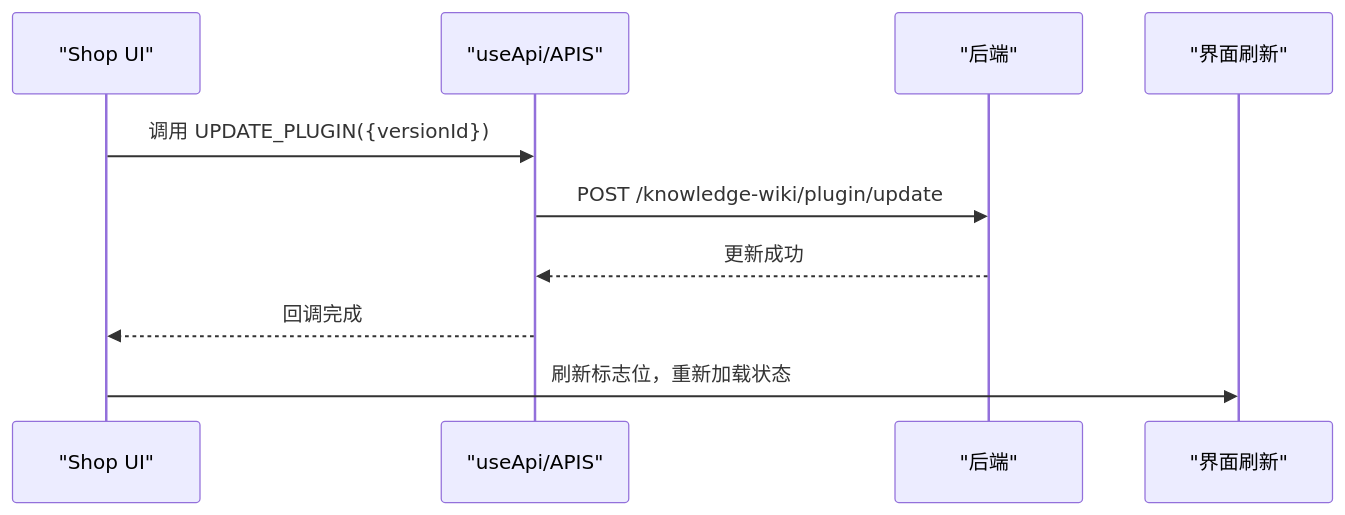
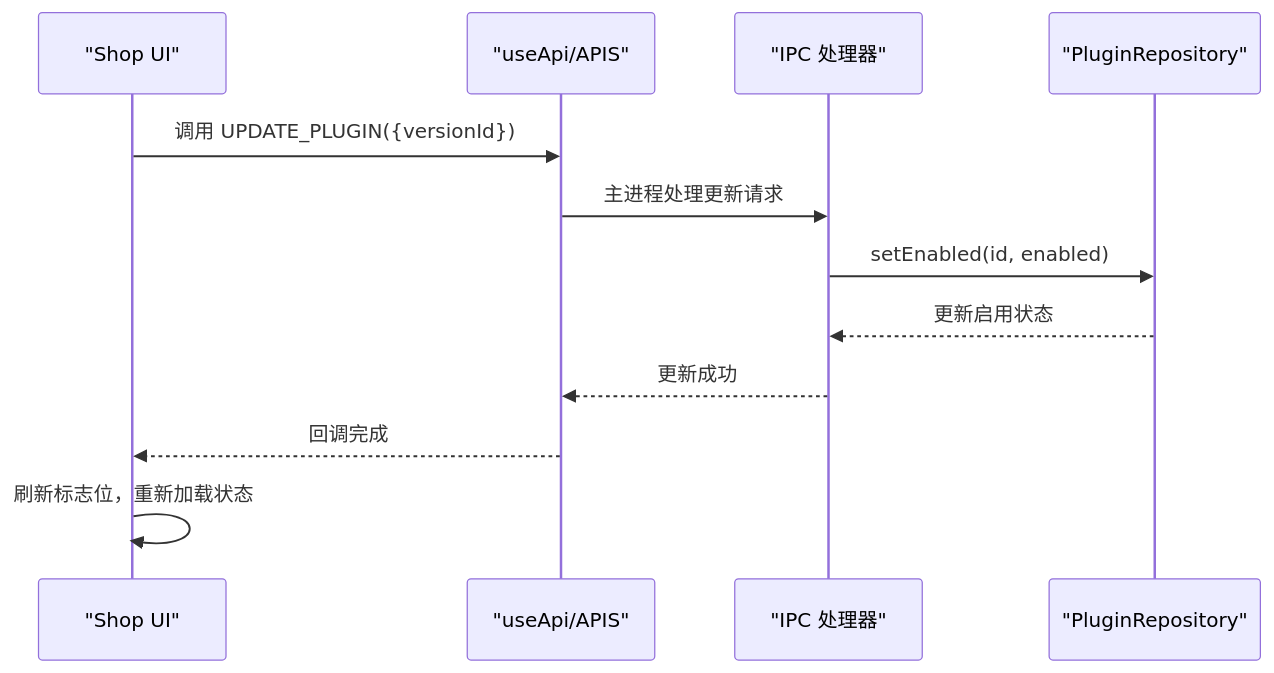
One commit to LRF0422/Kotion changed the fifth of 7 diagrams in .qoder/repowiki/zh/content/API参考/插件管理API.md. Above: the diagram before and after it, drawn with Mermaid. The commit also changed other lines of this file and 75 other files, not shown here.

````diff
--- a/.qoder/repowiki/zh/content/API参考/插件管理API.md
+++ b/.qoder/repowiki/zh/content/API参考/插件管理API.md
@@ -256,12 +347,14 @@
 ```mermaid
 sequenceDiagram
 participant UI as "Shop UI"
 participant API as "useApi/APIS"
-participant BE as "后端"
-participant UI2 as "界面刷新"
+participant IPC as "IPC 处理器"
+participant Repo as "PluginRepository"
 UI->>API : 调用 UPDATE_PLUGIN({versionId})
-API->>BE : POST /knowledge-wiki/plugin/update
-BE-->>API : 更新成功
+API->>IPC : 主进程处理更新请求
+IPC->>Repo : setEnabled(id, enabled)
+Repo-->>IPC : 更新启用状态
+IPC-->>API : 更新成功
 API-->>UI : 回调完成
-UI->>UI2 : 刷新标志位，重新加载状态
+UI->>UI : 刷新标志位，重新加载状态
 ```
````
